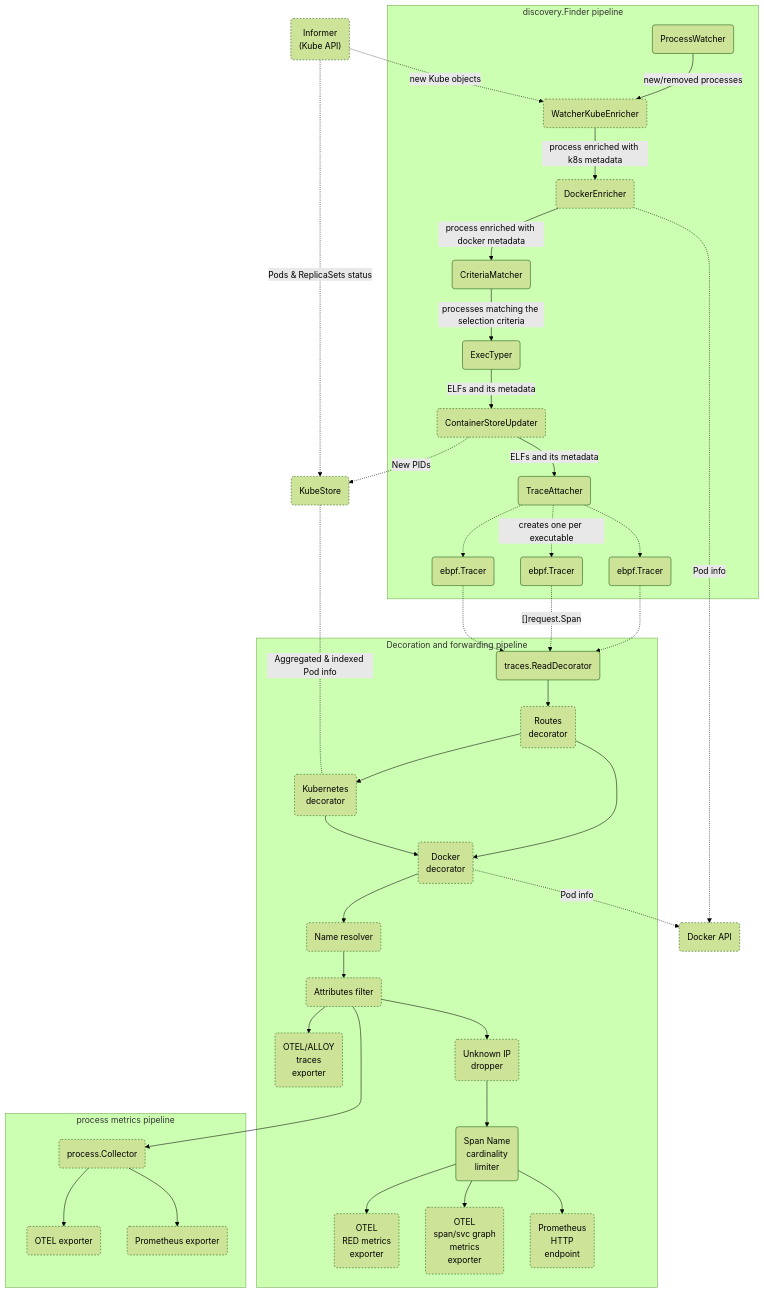
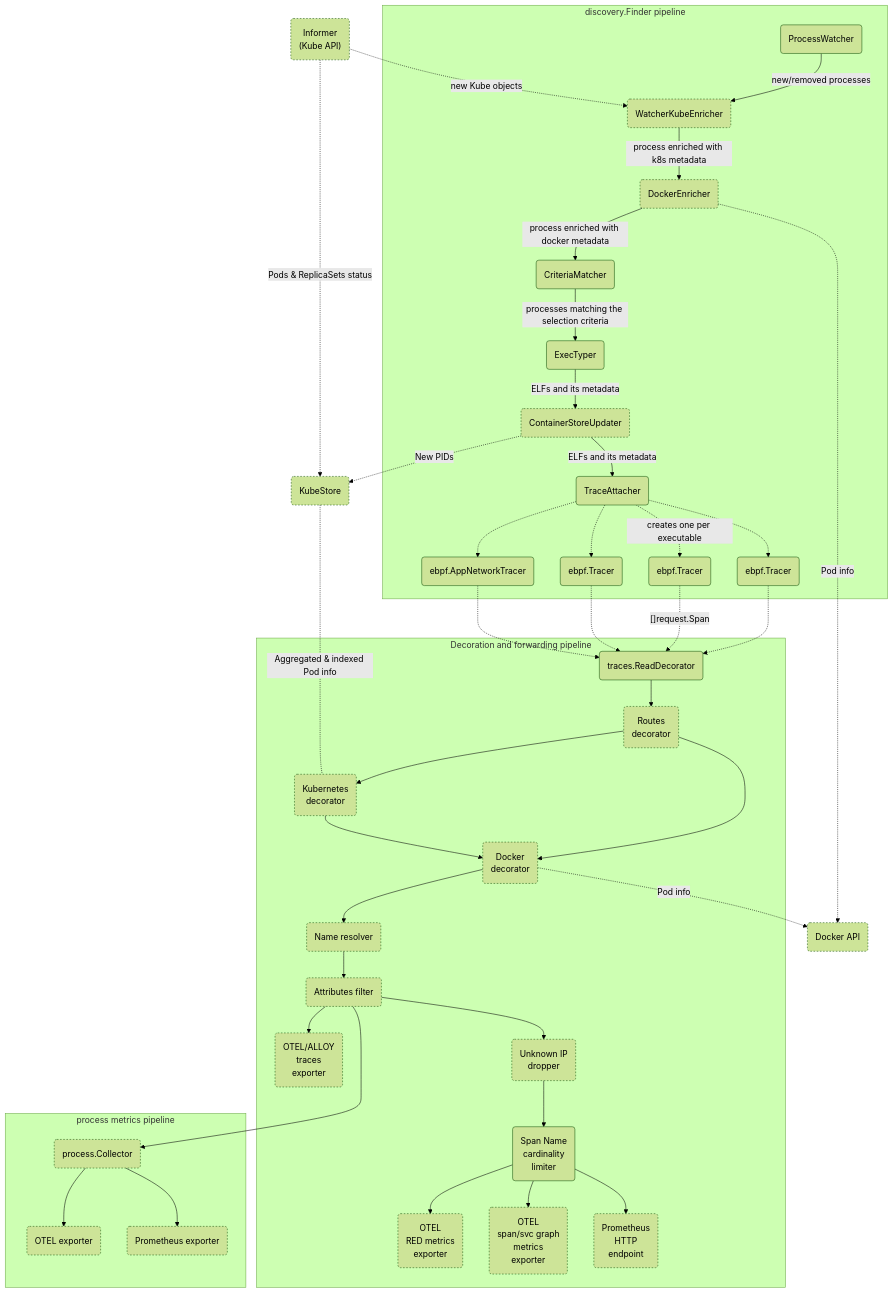
One commit to open-telemetry/opentelemetry-ebpf-instrumentation changed the first of 2 diagrams in devdocs/pipeline-map.md. Above: the diagram before and after it, drawn with Mermaid (forest theme). The commit also changed 42 other files, not shown here.

Commit message:
Introduction of application network tracer as part of appo11y - add tcp rtt metric - devdocs - e2e integration test

````diff
--- a/devdocs/pipeline-map.md
+++ b/devdocs/pipeline-map.md
@@ -18,48 +18,50 @@
 ```mermaid
 flowchart TD
     classDef optional stroke-dasharray: 3 3;
     subgraph discovery.Finder pipeline
         PW(ProcessWatcher) --> |new/removed processes| KWE
         KWE(WatcherKubeEnricher):::optional --> |process enriched with k8s metadata| DE
         DE(DockerEnricher):::optional --> |process enriched with docker metadata| CM
         CM(CriteriaMatcher) --> |processes matching the selection criteria| ET(ExecTyper)
         ET --> |ELFs and its metadata| CU
         CU(ContainerStoreUpdater):::optional --> |ELFs and its metadata| TA
         TA(TraceAttacher) -.-> EBPF1(ebpf.Tracer)
         TA -.-> |creates one per executable| EBPF2(ebpf.Tracer)
         TA -.-> EBPF3(ebpf.Tracer)
+        TA -.-> EBPF4(ebpf.AppNetworkTracer)
     end
     subgraph Decoration and forwarding pipeline
         EBPF1 -.-> TR
         EBPF2 -.-> |"[]request.Span"| TR
         EBPF3 -.-> TR
+        EBPF4 -.-> TR
         TR(traces.ReadDecorator) --> ROUT(Routes<br/>decorator)
         ROUT:::optional --> DOCKDEC(Docker<br/>decorator)
         ROUT:::optional --> KD(Kubernetes<br/>decorator)
         KD:::optional --> DOCKDEC
         DOCKDEC:::optional --> NR
         NR(Name resolver):::optional --> AF
         
         AF(Attributes filter):::optional --> OTELT(OTEL/ALLOY<br/> traces<br/> exporter):::optional
 
         
         AF --> IPD(Unknown IP<br/>dropper):::optional
         IPD --> SNCL(Span Name<br/>cardinality<br/>limiter)
         SNCL --> OTELRM(OTEL<br/>RED metrics<br/> exporter):::optional
         SNCL --> OTELSM(OTEL<br/>span/svc graph<br/>metrics<br/> exporter):::optional
         SNCL --> PROM(Prometheus<br/>HTTP<br/>endpoint):::optional
     end
     CU -.-> |New PIDs| KSTORE
     DE -.-> |Pod info| DOCKAPI(Docker API):::optional
     DOCKDEC -.-> |Pod info| DOCKAPI(Docker API):::optional
     KSTORE(KubeStore):::optional <-.- | Aggregated & indexed Pod info | KD
     IF("Informer<br/>(Kube API)"):::optional -.-> |Pods & ReplicaSets status| KSTORE
     IF -.-> |new Kube objects| KWE
     AF ---> PC
     subgraph process metrics pipeline
         PC("process.Collector"):::optional --> POTEL
         PC --> PPROM
         POTEL("OTEL exporter"):::optional
         PPROM("Prometheus exporter"):::optional
     end
 ```
````
